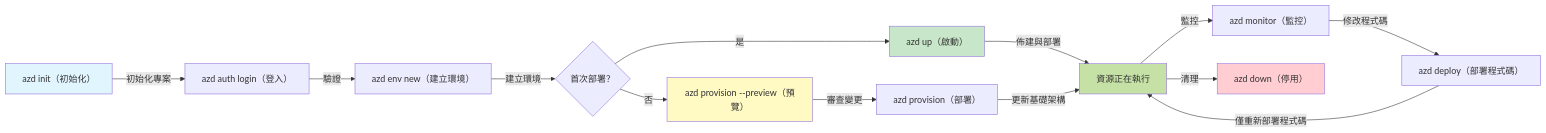
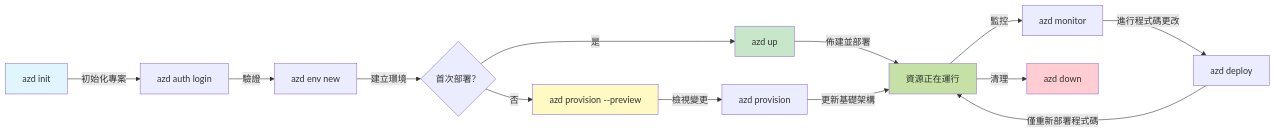
Before and after one commit to microsoft/AZD-for-beginners: the first of 2 diagrams in translations/zh-MO/docs/chapter-01-foundation/azd-basics.md, drawn with Mermaid. The commit also changed other lines of this file and 101 other files, not shown here.

````diff
--- a/translations/zh-MO/docs/chapter-01-foundation/azd-basics.md
+++ b/translations/zh-MO/docs/chapter-01-foundation/azd-basics.md
@@ -254,21 +269,21 @@
 ```mermaid
 graph LR
-    A[azd init（初始化）] -->|初始化專案| B[azd auth login（登入）]
-    B -->|驗證| C[azd env new（建立環境）]
+    A[azd init] -->|初始化專案| B[azd auth login]
+    B -->|驗證| C[azd env new]
     C -->|建立環境| D{首次部署？}
-    D -->|是| E[azd up（啟動）]
-    D -->|否| F[azd provision --preview（預覽）]
-    F -->|審查變更| G[azd provision（部署）]
-    E -->|佈建與部署| H[資源正在執行]
+    D -->|是| E[azd up]
+    D -->|否| F[azd provision --preview]
+    F -->|檢視變更| G[azd provision]
+    E -->|佈建並部署| H[資源正在運行]
     G -->|更新基礎架構| H
-    H -->|監控| I[azd monitor（監控）]
-    I -->|修改程式碼| J[azd deploy（部署程式碼）]
+    H -->|監控| I[azd monitor]
+    I -->|進行程式碼更改| J[azd deploy]
     J -->|僅重新部署程式碼| H
-    H -->|清理| K[azd down（停用）]
+    H -->|清理| K[azd down]
     
     style A fill:#e1f5fe
     style E fill:#c8e6c9
     style F fill:#fff9c4
     style H fill:#c5e1a5
     style K fill:#ffcdd2
 ```
````
